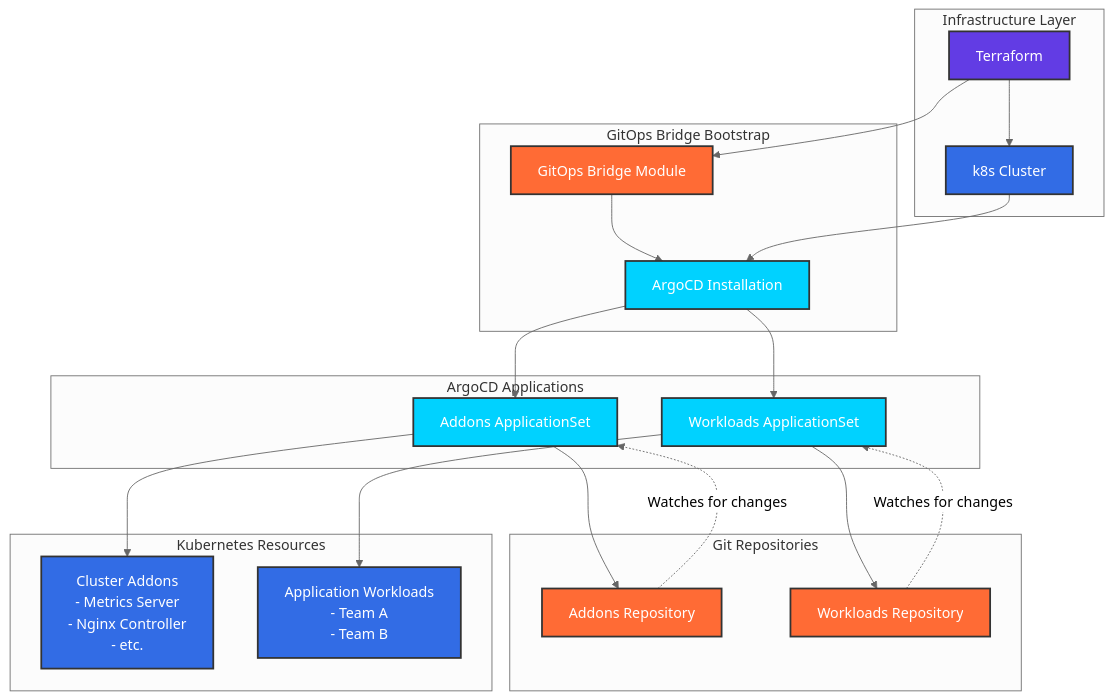
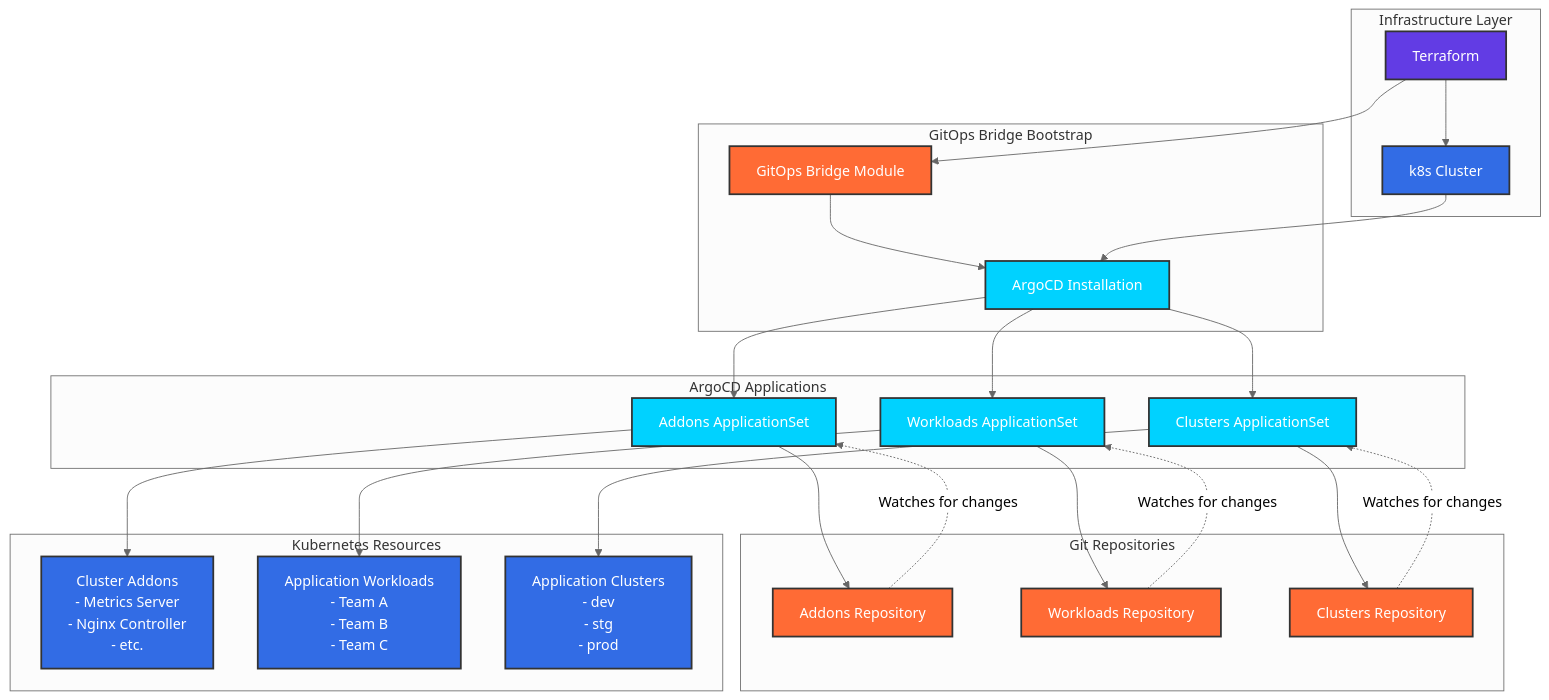
Before and after one commit to thatmlopsguy/dokaseca-control-plane: the first of 2 diagrams in docs/gitops.md, drawn with Mermaid (neutral theme). The commit also changed other lines of this file, not shown here.

Commit message:
docs: enhance GitOps documentation with Clusters management details and updated architecture diagram

````diff
--- a/docs/gitops.md
+++ b/docs/gitops.md
@@ -24,54 +24,61 @@
 ```mermaid
 graph TB
     subgraph "Infrastructure Layer"
         TF[Terraform]
         k8s[k8s Cluster]
         TF --> k8s
     end
 
     subgraph "GitOps Bridge Bootstrap"
         GB[GitOps Bridge Module]
         ArgoCD[ArgoCD Installation]
         GB --> ArgoCD
     end
 
     subgraph "Git Repositories"
         AddonsRepo[Addons Repository]
         WorkloadsRepo[Workloads Repository]
+        ClustersRepo[Clusters Repository]
     end
 
     subgraph "ArgoCD Applications"
         AddonsAppSet[Addons ApplicationSet]
         WorkloadsAppSet[Workloads ApplicationSet]
+        ClustersAppSet[Clusters ApplicationSet]
     end
 
     subgraph "Kubernetes Resources"
         Addons[Cluster Addons<br/>- Metrics Server<br/>- Nginx Controller<br/>- etc.]
-        Workloads[Application Workloads<br/>- Team A<br/>- Team B]
+        Workloads[Application Workloads<br/>- Team A<br/>- Team B<br/>- Team C]
+        Clusters[Application Clusters<br/>- dev<br/>- stg<br/>- prod]
     end
 
     TF --> GB
     k8s --> ArgoCD
 
     ArgoCD --> AddonsAppSet
     ArgoCD --> WorkloadsAppSet
+    ArgoCD --> ClustersAppSet
 
     AddonsAppSet --> AddonsRepo
     WorkloadsAppSet --> WorkloadsRepo
+    ClustersAppSet --> ClustersRepo
 
     AddonsAppSet --> Addons
     WorkloadsAppSet --> Workloads
+    ClustersAppSet --> Clusters
 
     AddonsRepo -.->|Watches for changes| AddonsAppSet
     WorkloadsRepo -.->|Watches for changes| WorkloadsAppSet
+    ClustersRepo -.->|Watches for changes| ClustersAppSet
 
     classDef terraform fill:#623CE4,stroke:#333,stroke-width:2px,color:#fff
     classDef gitops fill:#FF6B35,stroke:#333,stroke-width:2px,color:#fff
     classDef argocd fill:#00D2FF,stroke:#333,stroke-width:2px,color:#fff
     classDef k8s fill:#326CE5,stroke:#333,stroke-width:2px,color:#fff
 
     class TF terraform
-    class GB,AddonsRepo,WorkloadsRepo gitops
-    class ArgoCD,AddonsAppSet,WorkloadsAppSet argocd
-    class k8s,Addons,Workloads k8s
+    class GB,AddonsRepo,WorkloadsRepo,ClustersRepo gitops
+    class ArgoCD,AddonsAppSet,WorkloadsAppSet,ClustersAppSet argocd
+    class k8s,Addons,Workloads,Clusters k8s
 ```
````
